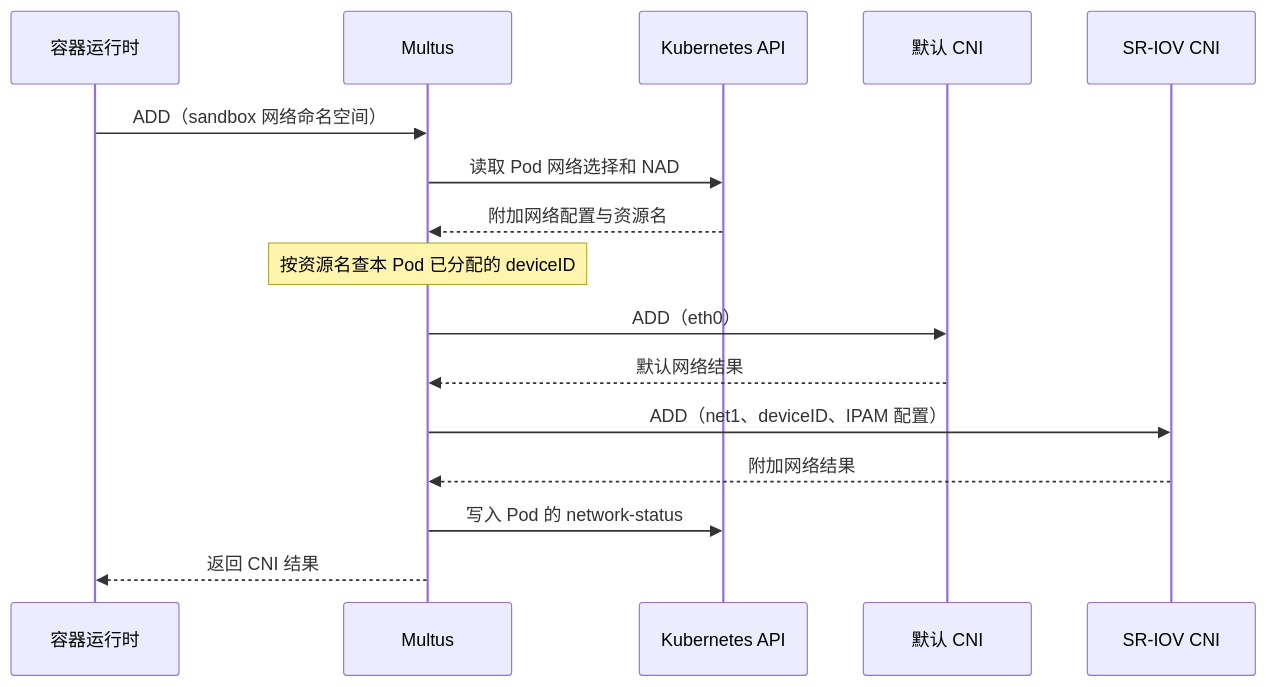
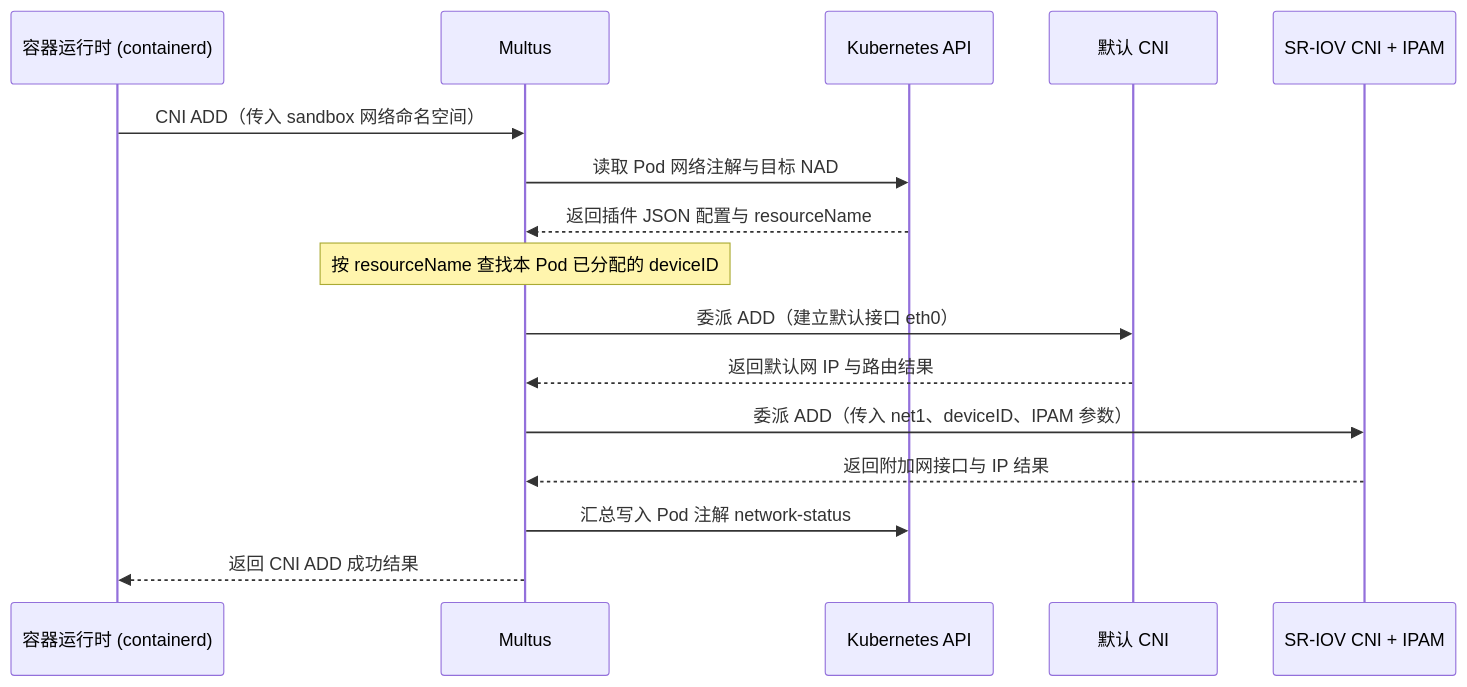
One commit to realtyz/ops-manual changed the diagram in AI-Infra/13_Multus与RDMA_把高速网络交给Pod/02_Multus 网络选择、NAD 与 CNI 委派.md. Above: the diagram before and after it, drawn with Mermaid. The commit also changed other lines of this file and 194 other files, not shown here.

````diff
--- a/AI-Infra/13_Multus与RDMA_把高速网络交给Pod/02_Multus 网络选择、NAD 与 CNI 委派.md
+++ b/AI-Infra/13_Multus与RDMA_把高速网络交给Pod/02_Multus 网络选择、NAD 与 CNI 委派.md
@@ -39,18 +56,19 @@
 ```mermaid
 sequenceDiagram
-    participant R as 容器运行时
+    accDescr: 容器运行时调用 Multus CNI ADD 后，Multus 查询 Kubernetes API 获取 Pod 注解与 NAD，补齐已分配 deviceID，依次委派默认 CNI 建立 eth0 和 SR-IOV CNI 建立 net1 并回写 network-status 的时序图。
+    participant R as 容器运行时 (containerd)
     participant M as Multus
     participant A as Kubernetes API
     participant D as 默认 CNI
-    participant S as SR-IOV CNI
-    R->>M: ADD（sandbox 网络命名空间）
-    M->>A: 读取 Pod 网络选择和 NAD
-    A-->>M: 附加网络配置与资源名
-    Note over M: 按资源名查本 Pod 已分配的 deviceID
-    M->>D: ADD（eth0）
-    D-->>M: 默认网络结果
-    M->>S: ADD（net1、deviceID、IPAM 配置）
-    S-->>M: 附加网络结果
-    M->>A: 写入 Pod 的 network-status
-    M-->>R: 返回 CNI 结果
+    participant S as SR-IOV CNI + IPAM
+    R->>M: CNI ADD（传入 sandbox 网络命名空间）
+    M->>A: 读取 Pod 网络注解与目标 NAD
+    A-->>M: 返回插件 JSON 配置与 resourceName
+    Note over M: 按 resourceName 查找本 Pod 已分配的 deviceID
+    M->>D: 委派 ADD（建立默认接口 eth0）
+    D-->>M: 返回默认网 IP 与路由结果
+    M->>S: 委派 ADD（传入 net1、deviceID、IPAM 参数）
+    S-->>M: 返回附加网接口与 IP 结果
+    M->>A: 汇总写入 Pod 注解 network-status
+    M-->>R: 返回 CNI ADD 成功结果
 ```
````
